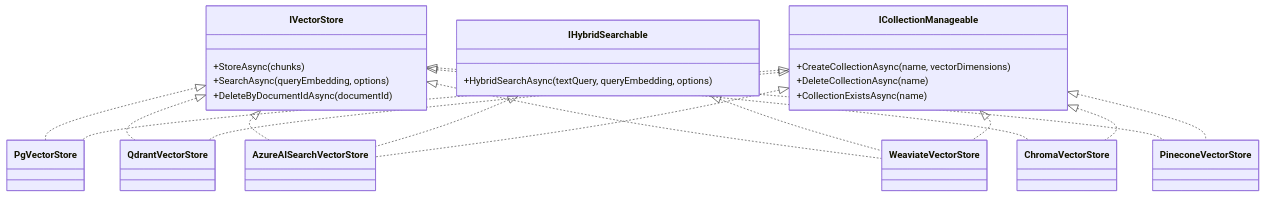
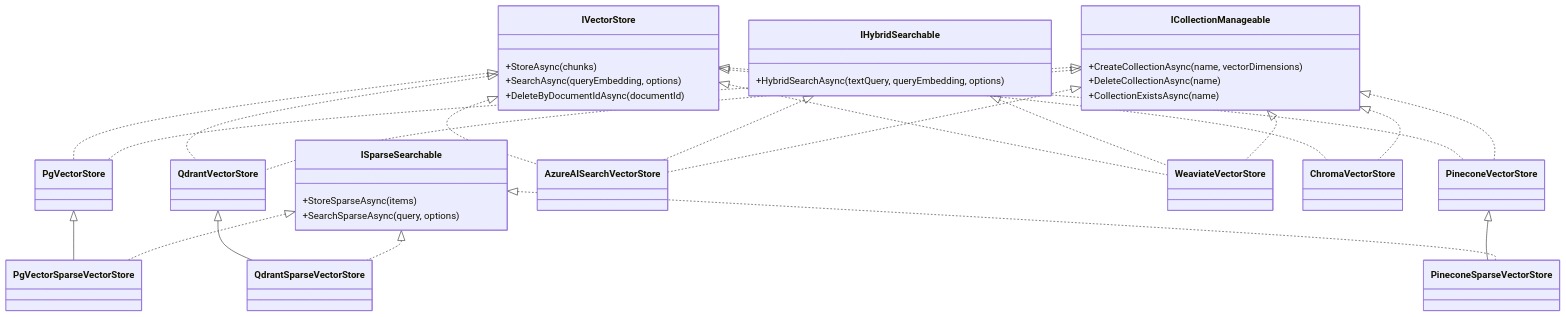
One commit to MarcelRoozekrans/Rag.NET changed the diagram in docs/guide/vector-stores.md. Above: the diagram before and after it, drawn with Mermaid. The commit also changed other lines of this file and 2 other files, not shown here.

First line of the commit message:
docs(vector-stores): PgVector sparse storage and the real index story

````diff
--- a/docs/guide/vector-stores.md
+++ b/docs/guide/vector-stores.md
@@ -27,42 +27,58 @@
 ```mermaid
 classDiagram
     class IVectorStore {
         +StoreAsync(chunks)
         +SearchAsync(queryEmbedding, options)
         +DeleteByDocumentIdAsync(documentId)
     }
     class IHybridSearchable {
         +HybridSearchAsync(textQuery, queryEmbedding, options)
     }
     class ICollectionManageable {
         +CreateCollectionAsync(name, vectorDimensions)
         +DeleteCollectionAsync(name)
         +CollectionExistsAsync(name)
     }
+    class ISparseSearchable {
+        +StoreSparseAsync(items)
+        +SearchSparseAsync(query, options)
+    }
     class PgVectorStore {
     }
+    class PgVectorSparseVectorStore {
+    }
     class QdrantVectorStore {
+    }
+    class QdrantSparseVectorStore {
     }
     class AzureAISearchVectorStore {
     }
     class WeaviateVectorStore {
     }
     class ChromaVectorStore {
     }
     class PineconeVectorStore {
     }
+    class PineconeSparseVectorStore {
+    }
     IVectorStore <|.. PgVectorStore
     ICollectionManageable <|.. PgVectorStore
+    PgVectorStore <|-- PgVectorSparseVectorStore
+    ISparseSearchable <|.. PgVectorSparseVectorStore
     IVectorStore <|.. QdrantVectorStore
     ICollectionManageable <|.. QdrantVectorStore
+    QdrantVectorStore <|-- QdrantSparseVectorStore
+    ISparseSearchable <|.. QdrantSparseVectorStore
     IVectorStore <|.. AzureAISearchVectorStore
     IHybridSearchable <|.. AzureAISearchVectorStore
     ICollectionManageable <|.. AzureAISearchVectorStore
     IVectorStore <|.. WeaviateVectorStore
     IHybridSearchable <|.. WeaviateVectorStore
     ICollectionManageable <|.. WeaviateVectorStore
     IVectorStore <|.. ChromaVectorStore
     ICollectionManageable <|.. ChromaVectorStore
     IVectorStore <|.. PineconeVectorStore
     ICollectionManageable <|.. PineconeVectorStore
+    PineconeVectorStore <|-- PineconeSparseVectorStore
+    ISparseSearchable <|.. PineconeSparseVectorStore
 ```
````
